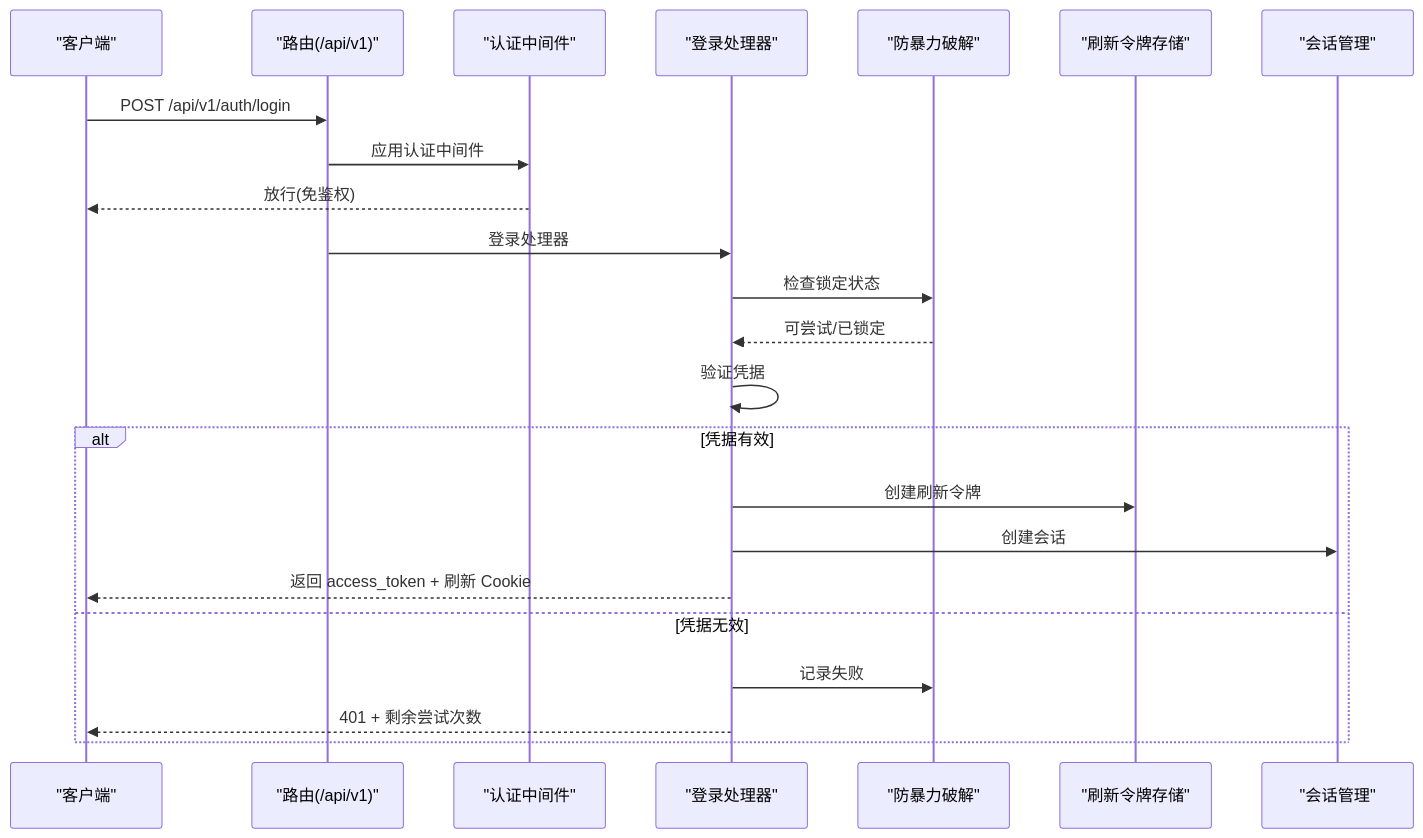
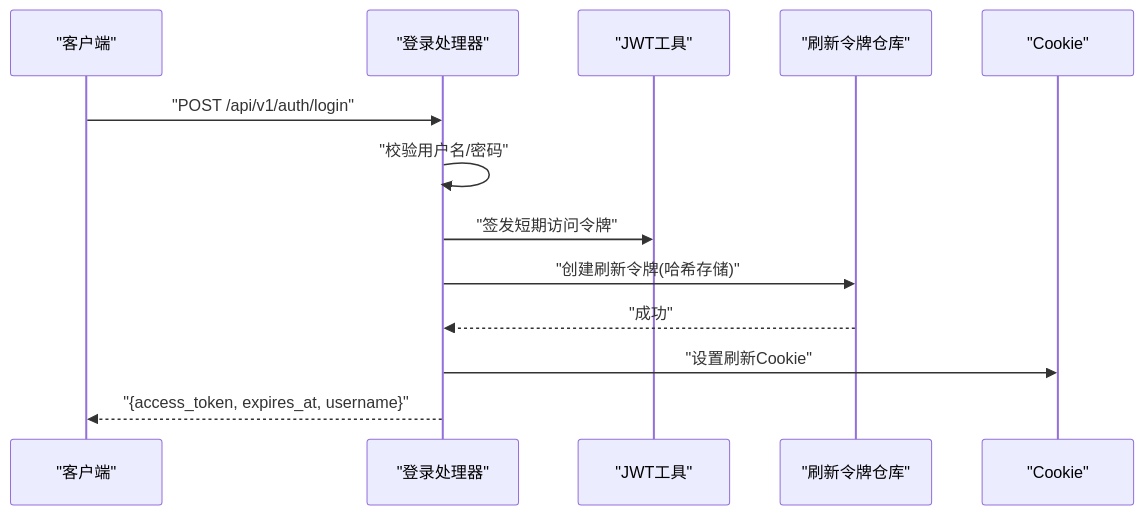
Before and after one commit to x01n/My-OpenWaf: the third of 8 diagrams in docs/管理 API 系统/REST API 设计规范/API 端点参考.md, drawn with Mermaid. The commit also changed other lines of this file and 199 other files, not shown here.

````diff
--- a/docs/管理 API 系统/REST API 设计规范/API 端点参考.md
+++ b/docs/管理 API 系统/REST API 设计规范/API 端点参考.md
@@ -117,25 +111,15 @@
 ```mermaid
 sequenceDiagram
-participant C as "客户端"
-participant R as "路由(/api/v1)"
-participant M as "认证中间件"
-participant H as "登录处理器"
-participant BF as "防暴力破解"
-participant RT as "刷新令牌存储"
-participant SM as "会话管理"
-C->>R : POST /api/v1/auth/login
-R->>M : 应用认证中间件
-M-->>C : 放行(免鉴权)
-R->>H : 登录处理器
-H->>BF : 检查锁定状态
-BF-->>H : 可尝试/已锁定
-H->>H : 验证凭据
-alt 凭据有效
-H->>RT : 创建刷新令牌
-H->>SM : 创建会话
-H-->>C : 返回 access_token + 刷新 Cookie
-else 凭据无效
-H->>BF : 记录失败
-H-->>C : 401 + 剩余尝试次数
-end
+participant Client as "客户端"
+participant Login as "登录处理器"
+participant JWT as "JWT工具"
+participant RT as "刷新令牌仓库"
+participant Cookie as "Cookie"
+Client->>Login : "POST /api/v1/auth/login"
+Login->>Login : "校验用户名/密码"
+Login->>JWT : "签发短期访问令牌"
+Login->>RT : "创建刷新令牌(哈希存储)"
+RT-->>Login : "成功"
+Login->>Cookie : "设置刷新Cookie"
+Login-->>Client : "{access_token, expires_at, username}"
 ```
````
